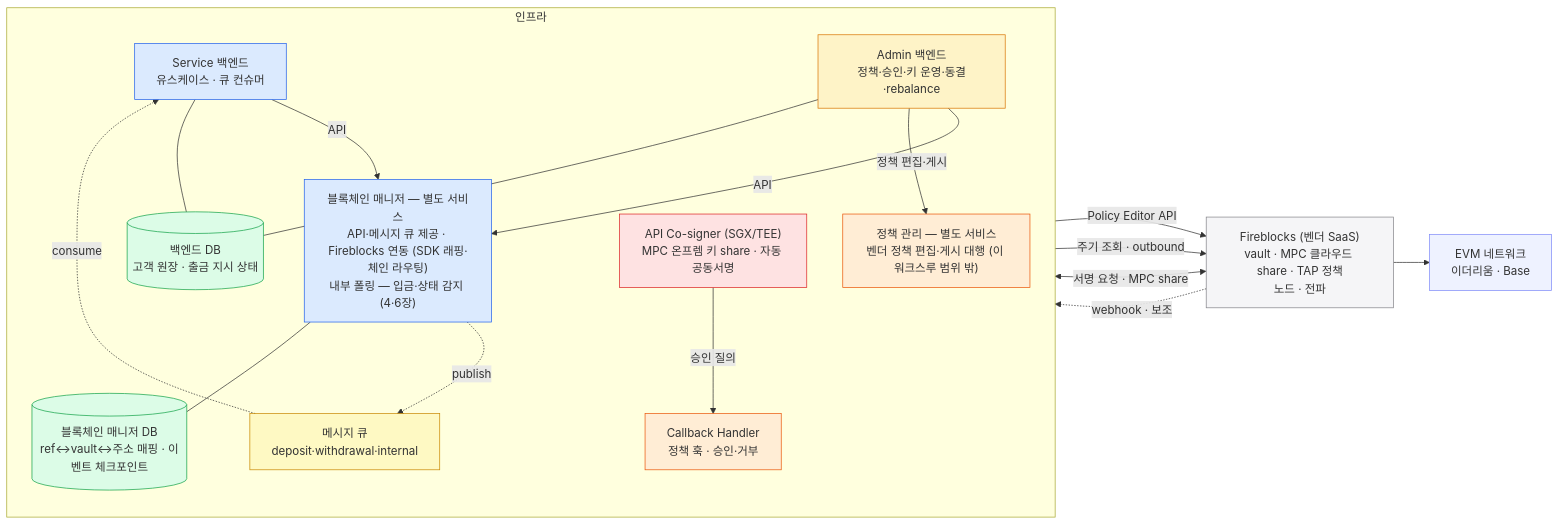
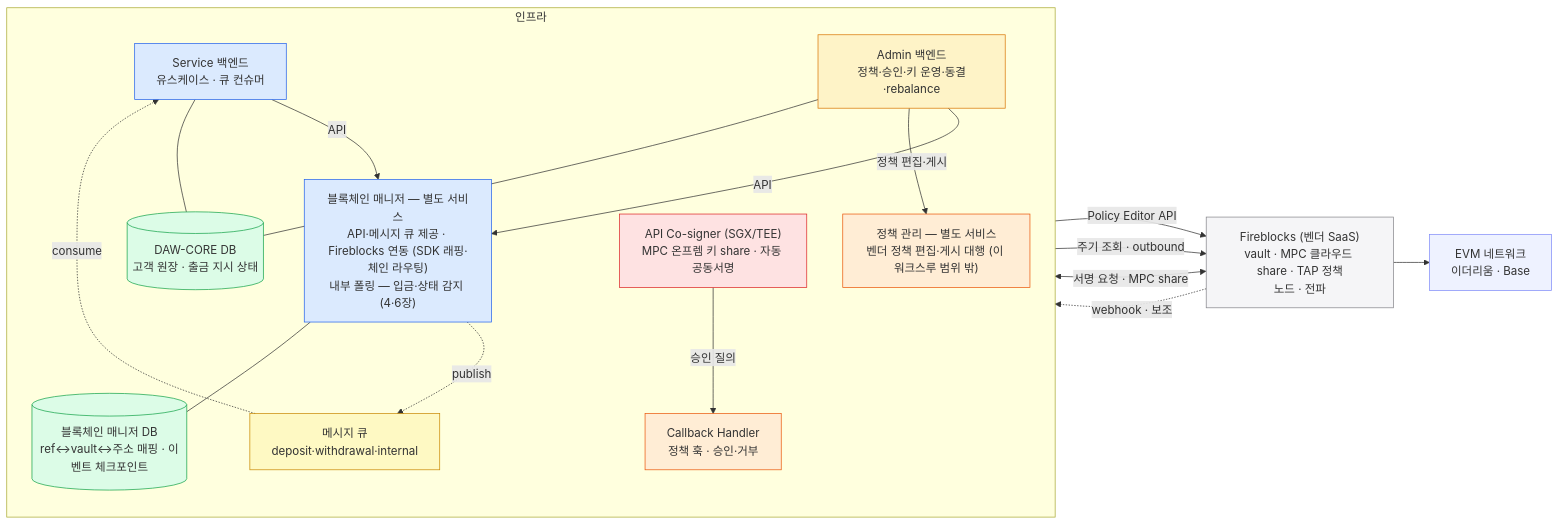
Before and after one commit to eunsujeo/eunpus: the second of 2 diagrams in blockchain-manager/docs/블록체인매니저/설계/00-cast.md, drawn with Mermaid. The commit also changed other lines of this file and 25 other files, not shown here.

First line of the commit message:
컴플라이언스·온보딩 정리 — 코어 명칭 DAW-CORE 통일 + 출금 확인 비동기 통일 + 다이어그램 보강

````diff
--- a/blockchain-manager/docs/블록체인매니저/설계/00-cast.md
+++ b/blockchain-manager/docs/블록체인매니저/설계/00-cast.md
@@ -54,49 +54,49 @@
 ```mermaid
 flowchart LR
     subgraph OUR["인프라"]
       direction TB
       SVCBE["Service 백엔드<br/>유스케이스 · 큐 컨슈머"]
       ADMBE["Admin 백엔드<br/>정책·승인·키 운영·동결·rebalance"]
       BM["블록체인 매니저 — 별도 서비스<br/>API·메시지 큐 제공 · Fireblocks 연동 (SDK 래핑·체인 라우팅)<br/>내부 폴링 — 입금·상태 감지 (4·6장)"]
       MQ["메시지 큐<br/>deposit·withdrawal·internal"]
-      BDB[("백엔드 DB<br/>고객 원장 · 출금 지시 상태")]
+      BDB[("DAW-CORE DB<br/>고객 원장 · 출금 지시 상태")]
       MDB[("블록체인 매니저 DB<br/>ref↔vault↔주소 매핑 · 이벤트 체크포인트")]
       COS["API Co-signer (SGX/TEE)<br/>MPC 온프렘 키 share · 자동 공동서명"]
       CB["Callback Handler<br/>정책 훅 · 승인·거부"]
       PADM["정책 관리 — 별도 서비스<br/>벤더 정책 편집·게시 대행 (이 워크스루 범위 밖)"]
     end
     FBV["Fireblocks (벤더 SaaS)<br/>vault · MPC 클라우드 share · TAP 정책<br/>노드 · 전파"]
     EVM["EVM 네트워크<br/>이더리움 · Base"]
 
     SVCBE -->|API| BM
     ADMBE -->|API| BM
     BM -.->|publish| MQ
     MQ -.->|consume| SVCBE
     ADMBE -->|정책 편집·게시| PADM
     PADM -->|Policy Editor API| FBV
     SVCBE --- BDB
     ADMBE --- BDB
     BM --- MDB
     FBV <-->|서명 요청 · MPC share| COS
     COS -->|승인 질의| CB
     BM -->|주기 조회 · outbound| FBV
     FBV -.->|webhook · 보조| BM
     FBV --> EVM
 
     classDef svc fill:#dbeafe,stroke:#2563eb;
     classDef adm fill:#fef3c7,stroke:#d97706;
     classDef sec fill:#fee2e2,stroke:#dc2626;
     classDef data fill:#dcfce7,stroke:#16a34a;
     classDef vendor fill:#f5f5f7,stroke:#86868b;
     classDef ext fill:#eef2ff,stroke:#818cf8;
     classDef policy fill:#ffedd5,stroke:#ea580c;
     classDef mq fill:#fef9c3,stroke:#ca8a04;
     class SVCBE,BM svc
     class ADMBE adm
     class COS sec
     class CB,PADM policy
     class BDB,MDB data
     class FBV vendor
     class EVM ext
     class MQ mq
 ```
````
